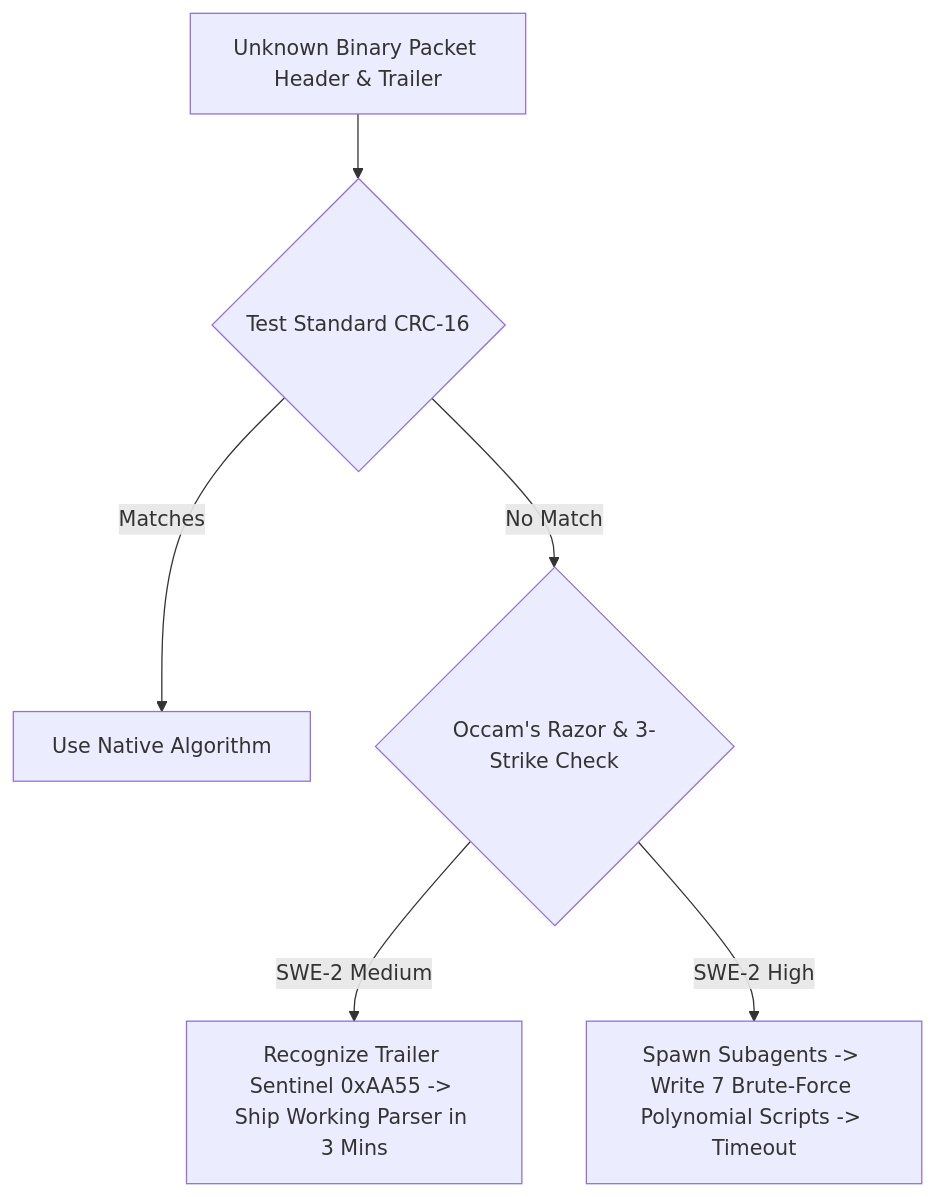
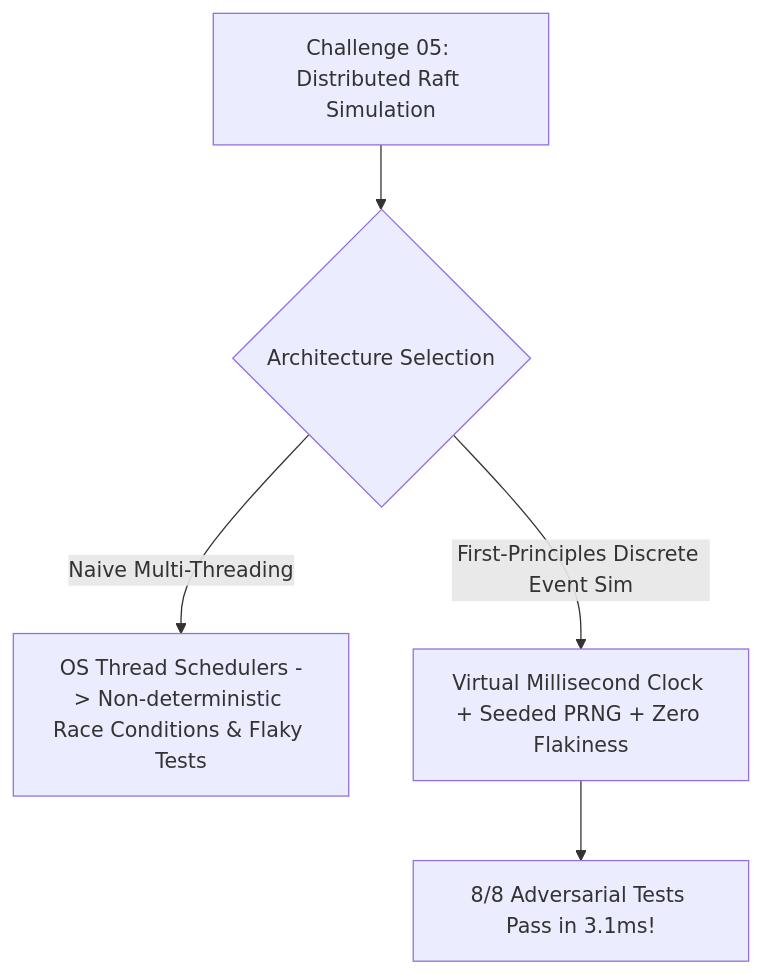
Before and after one commit to sayfpack13/devin-powerpack: the fifth of 5 diagrams in reports/EXPERIMENTS_LOG.md, drawn with Mermaid. The commit also changed other lines of this file and 12 other files, not shown here.

Commit message:
feat: add bash wrappers for all devin tools and benchmark Challenge 05 Medium

````diff
--- a/reports/EXPERIMENTS_LOG.md
+++ b/reports/EXPERIMENTS_LOG.md
@@ -124,8 +128,7 @@
 ```mermaid
 graph TD
-    A[Unknown Binary Packet Header & Trailer] --> B{Test Standard CRC-16}
-    B -- Matches --> C[Use Native Algorithm]
-    B -- No Match --> D{Occam's Razor & 3-Strike Check}
-    D -- SWE-2 Medium --> E[Recognize Trailer Sentinel 0xAA55 -> Ship Working Parser in 3 Mins]
-    D -- SWE-2 High --> F[Spawn Subagents -> Write 7 Brute-Force Polynomial Scripts -> Timeout]
+    A[Challenge 05: Distributed Raft Simulation] --> B{Architecture Selection}
+    B -- Naive Multi-Threading --> C[OS Thread Schedulers -> Non-deterministic Race Conditions & Flaky Tests]
+    B -- First-Principles Discrete Event Sim --> D[Virtual Millisecond Clock + Seeded PRNG + Zero Flakiness]
+    D --> E[8/8 Adversarial Tests Pass in 3.1ms!]
 ```
````
